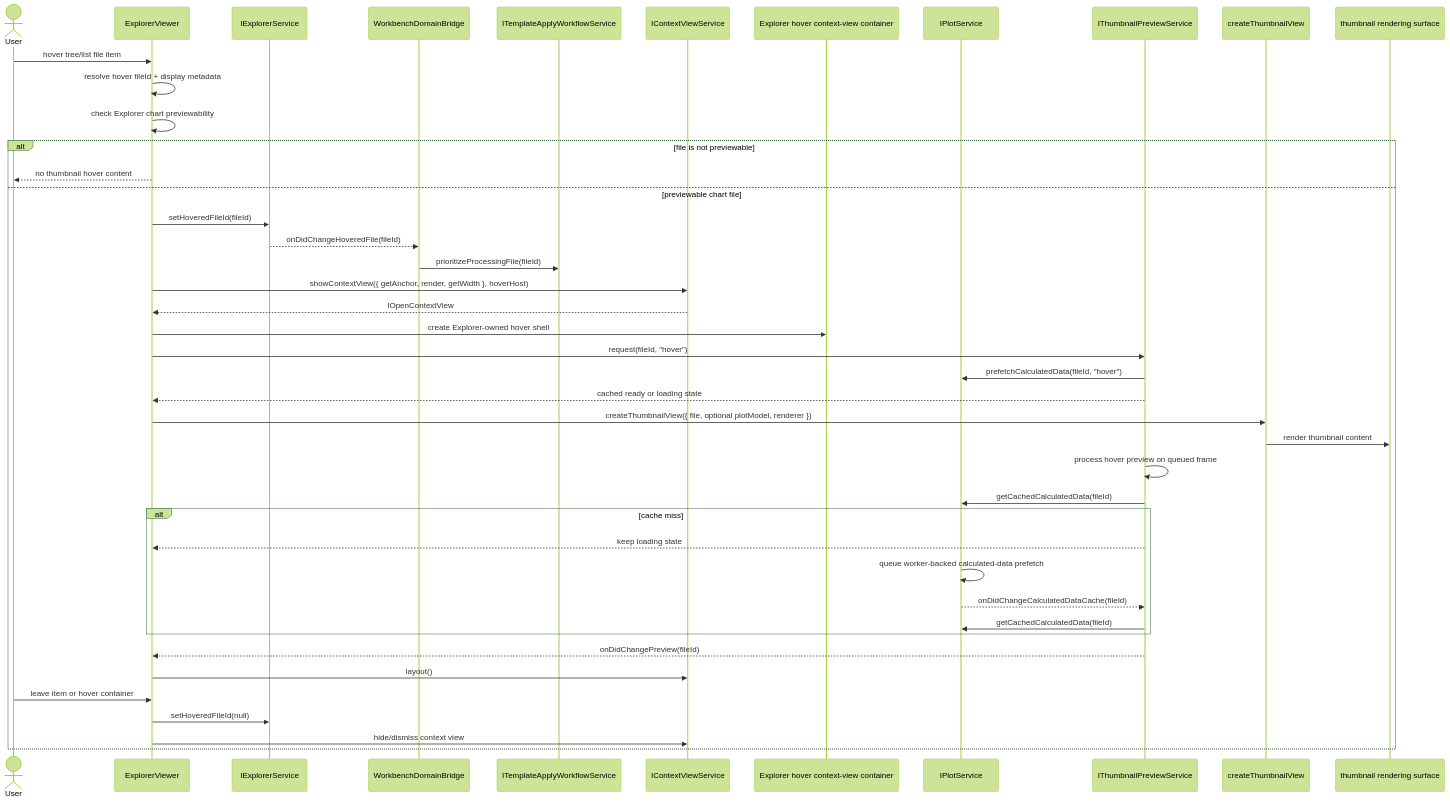
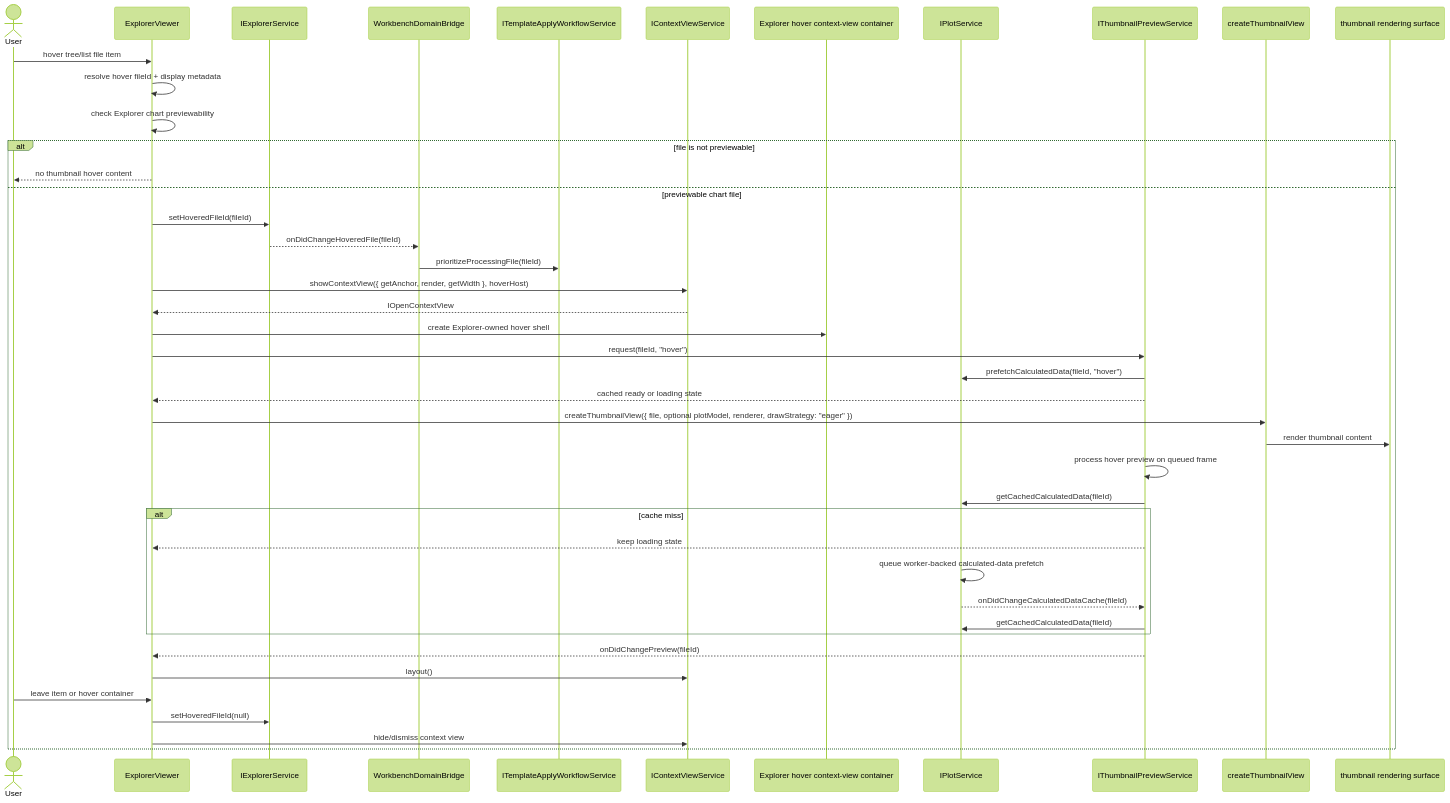
Before and after one commit to chogng/conductor: the sixth of 6 diagrams in .github/instructions/thumbnail.instructions.md, drawn with Mermaid (forest theme). The commit also changed other lines of this file and 20 other files, not shown here.

````diff
--- a/.github/instructions/thumbnail.instructions.md
+++ b/.github/instructions/thumbnail.instructions.md
@@ -211,46 +211,46 @@
 ```mermaid
 sequenceDiagram
     actor User
     participant ExplorerViewer
     participant ExplorerService as IExplorerService
     participant DomainBridge as WorkbenchDomainBridge
     participant TemplateWorkflow as ITemplateApplyWorkflowService
     participant ContextViewService as IContextViewService
     participant HoverContainer as Explorer hover context-view container
     participant Plot as IPlotService
     participant ThumbnailPreviewService as IThumbnailPreviewService
     participant ThumbnailView as createThumbnailView
     participant ThumbnailRenderer as thumbnail rendering surface
 
     User->>ExplorerViewer: hover tree/list file item
     ExplorerViewer->>ExplorerViewer: resolve hover fileId + display metadata
     ExplorerViewer->>ExplorerViewer: check Explorer chart previewability
     alt file is not previewable
         ExplorerViewer-->>User: no thumbnail hover content
     else previewable chart file
     ExplorerViewer->>ExplorerService: setHoveredFileId(fileId)
     ExplorerService-->>DomainBridge: onDidChangeHoveredFile(fileId)
     DomainBridge->>TemplateWorkflow: prioritizeProcessingFile(fileId)
     ExplorerViewer->>ContextViewService: showContextView({ getAnchor, render, getWidth }, hoverHost)
     ContextViewService-->>ExplorerViewer: IOpenContextView
     ExplorerViewer->>HoverContainer: create Explorer-owned hover shell
     ExplorerViewer->>ThumbnailPreviewService: request(fileId, "hover")
     ThumbnailPreviewService->>Plot: prefetchCalculatedData(fileId, "hover")
     ThumbnailPreviewService-->>ExplorerViewer: cached ready or loading state
-    ExplorerViewer->>ThumbnailView: createThumbnailView({ file, optional plotModel, renderer })
+    ExplorerViewer->>ThumbnailView: createThumbnailView({ file, optional plotModel, renderer, drawStrategy: "eager" })
     ThumbnailView->>ThumbnailRenderer: render thumbnail content
     ThumbnailPreviewService->>ThumbnailPreviewService: process hover preview on queued frame
     ThumbnailPreviewService->>Plot: getCachedCalculatedData(fileId)
     alt cache miss
         ThumbnailPreviewService-->>ExplorerViewer: keep loading state
         Plot->>Plot: queue worker-backed calculated-data prefetch
         Plot-->>ThumbnailPreviewService: onDidChangeCalculatedDataCache(fileId)
         ThumbnailPreviewService->>Plot: getCachedCalculatedData(fileId)
     end
     ThumbnailPreviewService-->>ExplorerViewer: onDidChangePreview(fileId)
     ExplorerViewer->>ContextViewService: layout()
     User->>ExplorerViewer: leave item or hover container
     ExplorerViewer->>ExplorerService: setHoveredFileId(null)
     ExplorerViewer->>ContextViewService: hide/dismiss context view
     end
 ```
````
